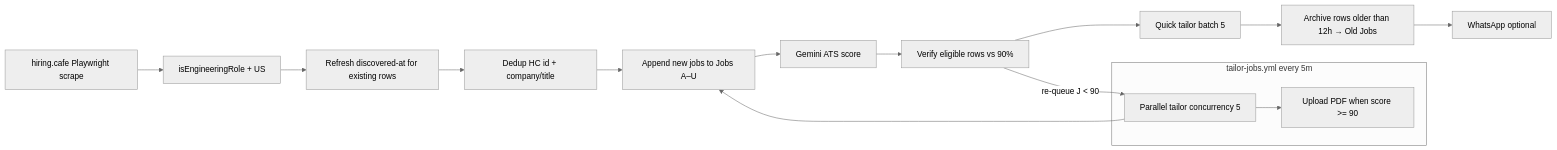
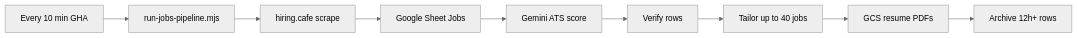
One commit to koundinyapidaparthydev/koundinyaportfolio changed the diagram in docs/JOBS-PIPELINE.md. Above: the diagram before and after it, drawn with Mermaid (neutral theme). The commit also changed other lines of this file and 13 other files, not shown here.

First line of the commit message:
Unify jobs pipeline into one GHA workflow every 10 minutes.

````diff
--- a/docs/JOBS-PIPELINE.md
+++ b/docs/JOBS-PIPELINE.md
@@ -15,22 +81,12 @@
 ```mermaid
 flowchart LR
-  HC[hiring.cafe Playwright scrape]
-  HC --> Filter[isEngineeringRole + US]
-  Filter --> Refresh[Refresh discovered-at for existing rows]
-  Refresh --> Dedup[Dedup HC id + company/title]
-  Dedup --> Sheet[Append new jobs to Jobs A–U]
+  Schedule[Every 10 min GHA]
+  Schedule --> Script[run-jobs-pipeline.mjs]
+  Script --> HC[hiring.cafe scrape]
+  HC --> Sheet[Google Sheet Jobs]
   Sheet --> ATS[Gemini ATS score]
-  ATS --> Verify[Verify eligible rows vs 90%]
-  Verify --> TailorQuick[Quick tailor batch 5]
-  TailorQuick --> Archive[Archive rows older than 12h → Old Jobs]
-  Archive --> Notify[WhatsApp optional]
-
-  subgraph tailorWF [tailor-jobs.yml every 5m]
-    Parallel[Parallel tailor concurrency 5]
-    Save[Upload PDF when score >= 90]
-    Parallel --> Save
-  end
-
-  Verify -->|re-queue J < 90| Parallel
-  Parallel --> Sheet
+  ATS --> Verify[Verify rows]
+  Verify --> Tailor[Tailor up to 40 jobs]
+  Tailor --> PDF[GCS resume PDFs]
+  PDF --> Archive[Archive 12h+ rows]
 ```
````
